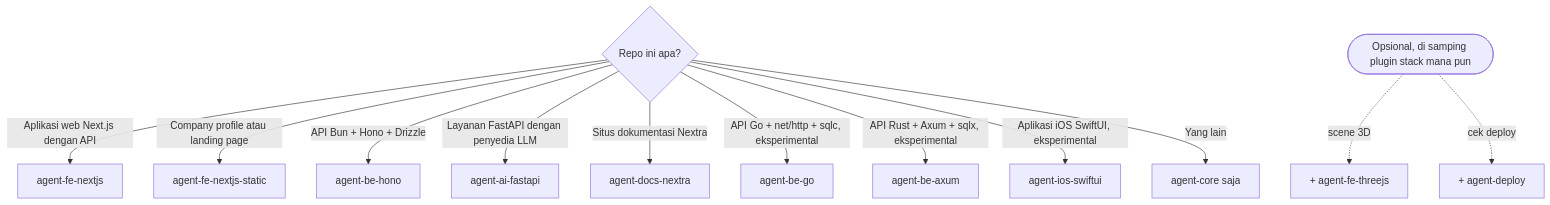
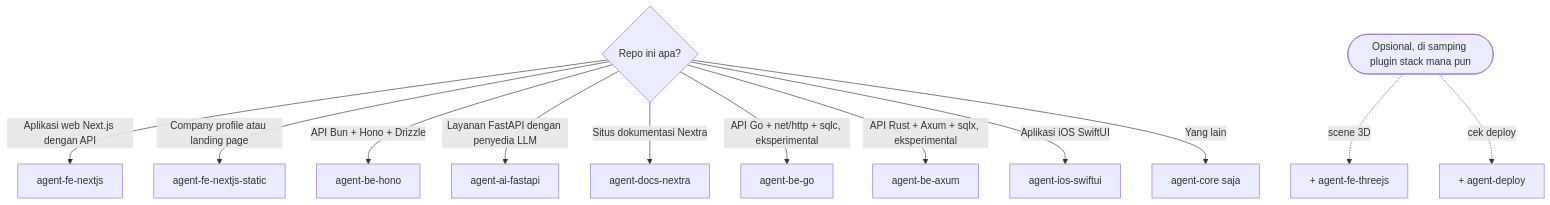
The second of 5 diagrams in README.id.md (adhibuchori/agent-config-kit), drawn with Mermaid before and after one commit. The commit also changed other lines of this file and 22 other files, not shown here.

First line of the commit message:
feat: agent-ios-swiftui 1.0.0, and the iOS gate tests last

````diff
--- a/README.id.md
+++ b/README.id.md
@@ -227,17 +227,17 @@
 ```mermaid
 flowchart TD
     accTitle: Plugin mana yang dipasang
-    accDescr: Mulai dari jenis repo Anda. Aplikasi web Next.js dengan API memakai agent-fe-nextjs. Situs company profile atau landing page memakai agent-fe-nextjs-static. API Bun, Hono, dan Drizzle memakai agent-be-hono. Layanan FastAPI dengan penyedia LLM memakai agent-ai-fastapi. Situs dokumentasi Nextra memakai agent-docs-nextra. Eksperimental: API Go dengan net/http dan sqlc memakai agent-be-go, API Rust dengan Axum dan sqlx memakai agent-be-axum, dan aplikasi iOS SwiftUI memakai agent-ios-swiftui. Selain itu cukup agent-core. Tambahkan agent-fe-threejs untuk scene 3D dan agent-deploy untuk pemeriksaan deploy.
+    accDescr: Mulai dari jenis repo Anda. Aplikasi web Next.js dengan API memakai agent-fe-nextjs. Situs company profile atau landing page memakai agent-fe-nextjs-static. API Bun, Hono, dan Drizzle memakai agent-be-hono. Layanan FastAPI dengan penyedia LLM memakai agent-ai-fastapi. Situs dokumentasi Nextra memakai agent-docs-nextra. Aplikasi iOS SwiftUI memakai agent-ios-swiftui. Eksperimental: API Go dengan net/http dan sqlc memakai agent-be-go, dan API Rust dengan Axum dan sqlx memakai agent-be-axum. Selain itu cukup agent-core. Tambahkan agent-fe-threejs untuk scene 3D dan agent-deploy untuk pemeriksaan deploy.
     Q{Repo ini apa?}
     Q -->|Aplikasi web Next.js dengan API| FE[agent-fe-nextjs]
     Q -->|Company profile atau landing page| ST[agent-fe-nextjs-static]
     Q -->|API Bun + Hono + Drizzle| BE[agent-be-hono]
     Q -->|Layanan FastAPI dengan penyedia LLM| AI[agent-ai-fastapi]
     Q -->|Situs dokumentasi Nextra| DOCS[agent-docs-nextra]
     Q -->|API Go + net/http + sqlc, eksperimental| GO[agent-be-go]
     Q -->|API Rust + Axum + sqlx, eksperimental| RS[agent-be-axum]
-    Q -->|Aplikasi iOS SwiftUI, eksperimental| IOS[agent-ios-swiftui]
+    Q -->|Aplikasi iOS SwiftUI| IOS[agent-ios-swiftui]
     Q -->|Yang lain| CORE[agent-core saja]
     X([Opsional, di samping plugin stack mana pun]) -.->|scene 3D| TJ[+ agent-fe-threejs]
     X -.->|cek deploy| DEP[+ agent-deploy]
 ```
````
